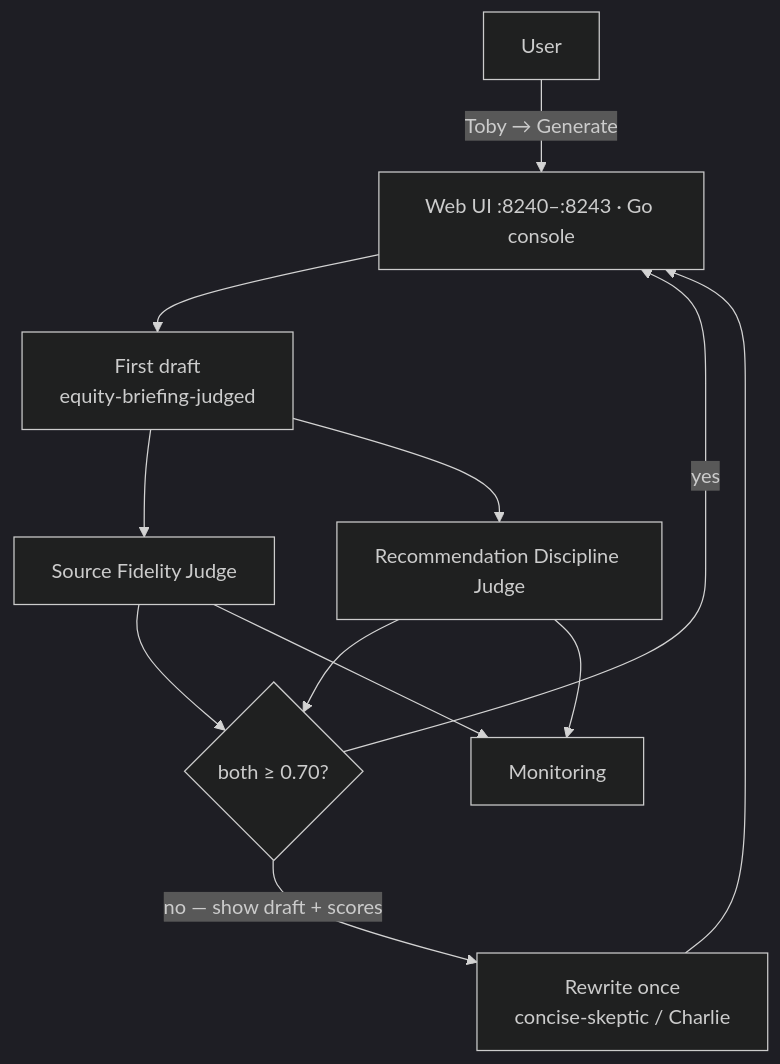
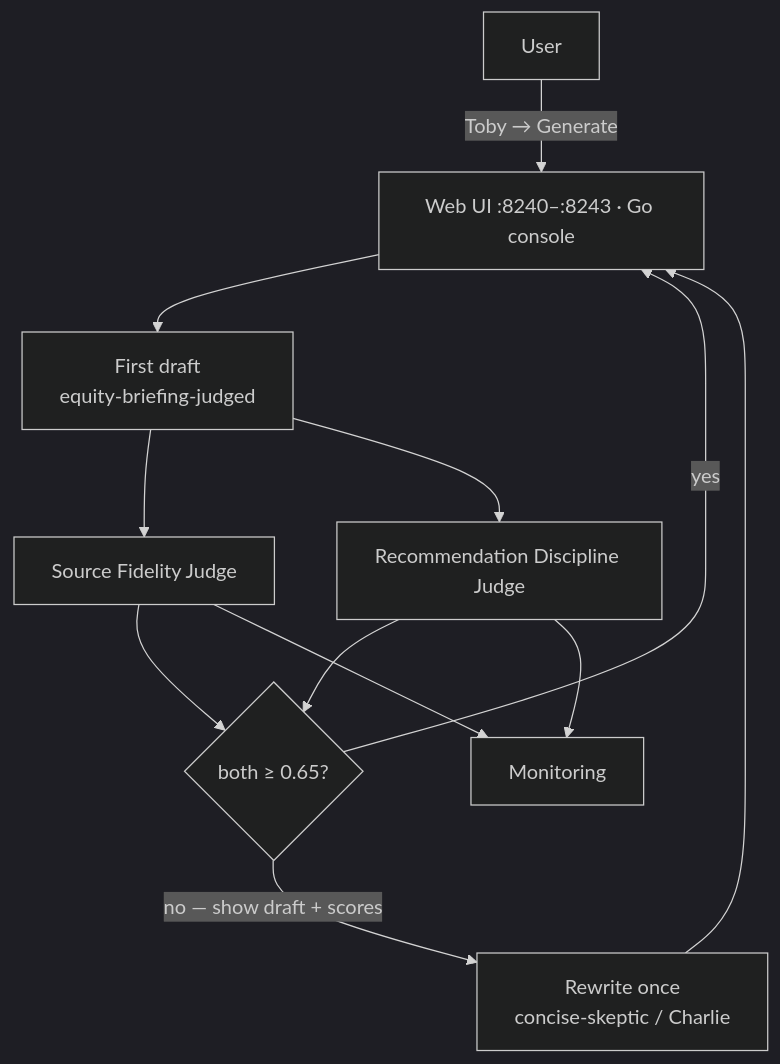
Before and after one commit to marcoman/lunch-marcoly: the diagram in 20-agent-config/24-agent-judges/README.md, drawn with Mermaid (dark theme). The commit also changed other lines of this file and 22 other files, not shown here.

````diff
--- a/20-agent-config/24-agent-judges/README.md
+++ b/20-agent-config/24-agent-judges/README.md
@@ -17,18 +17,18 @@
 ```mermaid
 flowchart TB
   User["User"]
   UI["Web UI :8240–:8243 · Go console"]
   Draft["First draft<br/>equity-briefing-judged"]
   J1["Source Fidelity Judge"]
   J2["Recommendation Discipline Judge"]
-  Gate{"both ≥ 0.70?"}
+  Gate{"both ≥ 0.65?"}
   Rewrite["Rewrite once<br/>concise-skeptic / Charlie"]
   Mon["Monitoring"]
 
   User -->|"Toby → Generate"| UI --> Draft
   Draft --> J1 & J2
   J1 & J2 --> Gate
   Gate -->|yes| UI
   Gate -->|no — show draft + scores| Rewrite --> UI
   J1 & J2 --> Mon
 ```
````
